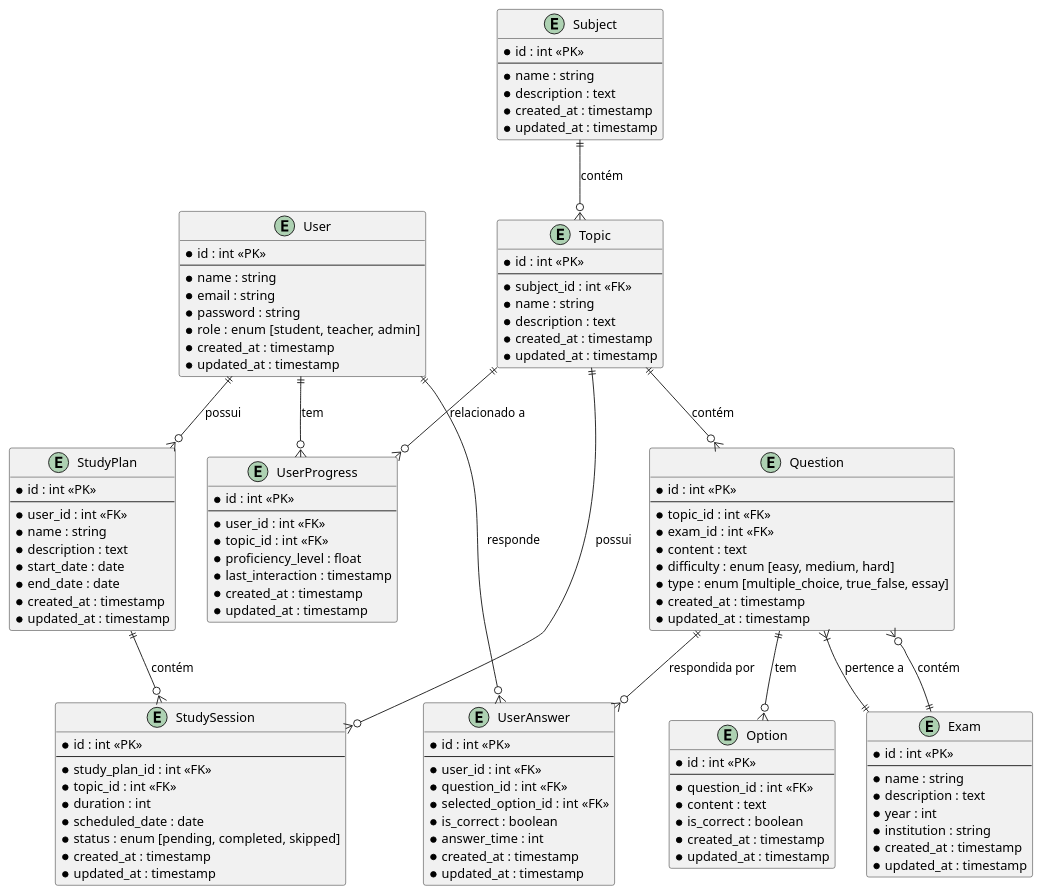
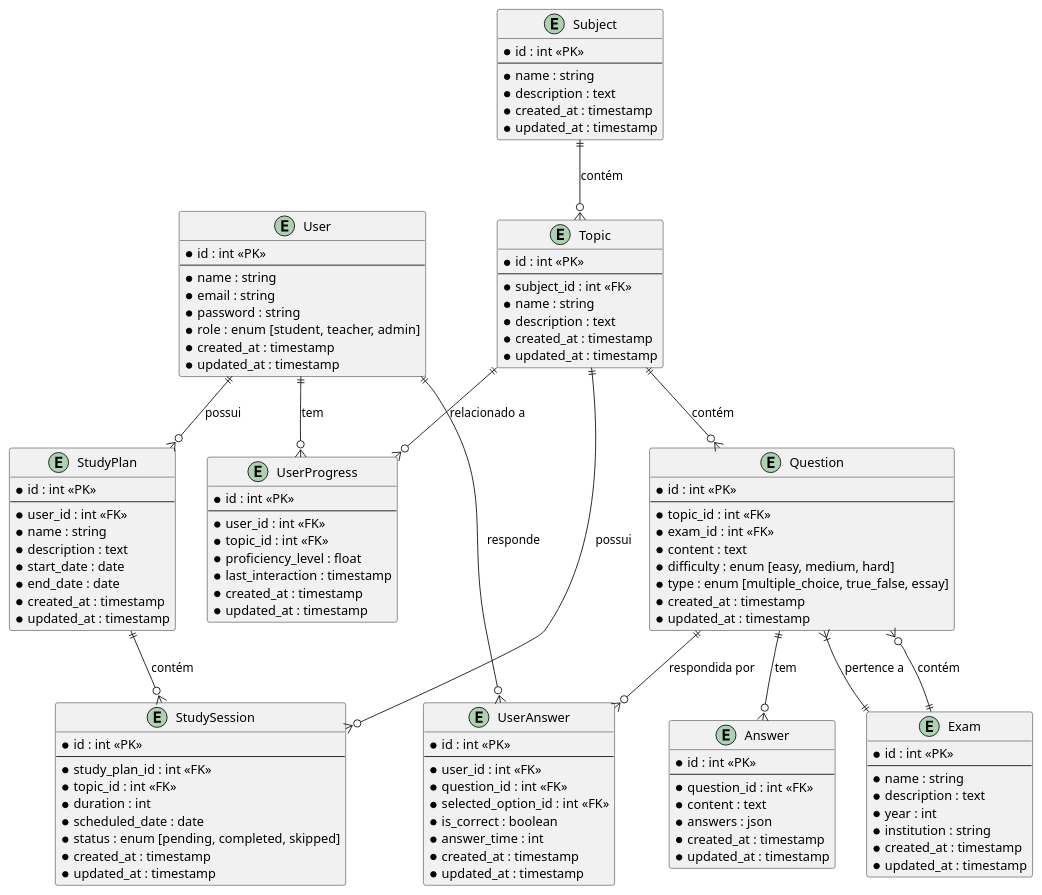
One commit to JoaoLucasMoraisOrtiz/aprendaAI changed the diagram in aprendaAI/database_schema.puml. Above: the diagram before and after it, drawn with PlantUML.

Commit message:
modificando um pouco mais a estrutura do banco para fazer sentido com o que foi conversado sobre salvar as respostas das questões como um json com todas as alternativas, ou o texto de resposta, transportando a complexidade do banco de dados para o controller.

```diff
--- a/aprendaAI/database_schema.puml
+++ b/aprendaAI/database_schema.puml
@@ -1,135 +1,135 @@
 @startuml Database Schema for AprendaAI
 
 ' Entidades principais
 entity "User" as user {
   * id : int <<PK>>
   --
   * name : string
   * email : string
   * password : string
   * role : enum [student, teacher, admin]
   * created_at : timestamp
   * updated_at : timestamp
 }
 
 entity "Subject" as subject {
   * id : int <<PK>>
   --
   * name : string
   * description : text
   * created_at : timestamp
   * updated_at : timestamp
 }
 
 entity "Topic" as topic {
   * id : int <<PK>>
   --
   * subject_id : int <<FK>>
   * name : string
   * description : text
   * created_at : timestamp
   * updated_at : timestamp
 }
 
 entity "Question" as question {
   * id : int <<PK>>
   --
   * topic_id : int <<FK>>
   * exam_id : int <<FK>>
   * content : text
   * difficulty : enum [easy, medium, hard]
   * type : enum [multiple_choice, true_false, essay]
   * created_at : timestamp
   * updated_at : timestamp
 }
 
-entity "Option" as option {
+entity "Answer" as option {
   * id : int <<PK>>
   --
   * question_id : int <<FK>>
   * content : text
-  * is_correct : boolean
+  * answers : json
   * created_at : timestamp
   * updated_at : timestamp
 }
 
 entity "Exam" as exam {
   * id : int <<PK>>
   --
   * name : string
   * description : text
   * year : int
   * institution : string
   * created_at : timestamp
   * updated_at : timestamp
 }
 
 entity "UserProgress" as progress {
   * id : int <<PK>>
   --
   * user_id : int <<FK>>
   * topic_id : int <<FK>>
   * proficiency_level : float
   * last_interaction : timestamp
   * created_at : timestamp
   * updated_at : timestamp
 }
 
 entity "UserAnswer" as answer {
   * id : int <<PK>>
   --
   * user_id : int <<FK>>
   * question_id : int <<FK>>
   * selected_option_id : int <<FK>>
   * is_correct : boolean
   * answer_time : int
   * created_at : timestamp
   * updated_at : timestamp
 }
 
 entity "StudyPlan" as plan {
   * id : int <<PK>>
   --
   * user_id : int <<FK>>
   * name : string
   * description : text
   * start_date : date
   * end_date : date
   * created_at : timestamp
   * updated_at : timestamp
 }
 
 entity "StudySession" as session {
   * id : int <<PK>>
   --
   * study_plan_id : int <<FK>>
   * topic_id : int <<FK>>
   * duration : int
   * scheduled_date : date
   * status : enum [pending, completed, skipped]
   * created_at : timestamp
   * updated_at : timestamp
 }
 
 ' Removido modelo ExamQuestion, pois cada questão pertence a um único exame
 
 ' Relacionamentos
 user ||--o{ progress : "tem"
 user ||--o{ answer : "responde"
 user ||--o{ plan : "possui"
 
 subject ||--o{ topic : "contém"
 
 topic ||--o{ question : "contém"
 topic ||--o{ session : "possui"
 topic ||--o{ progress : "relacionado a"
 
 question ||--o{ option : "tem"
 question ||--o{ answer : "respondida por"
 question }|--|| exam : "pertence a"
 
 plan ||--o{ session : "contém"
 
 exam ||--o{ question : "contém"
 
 @enduml
```
